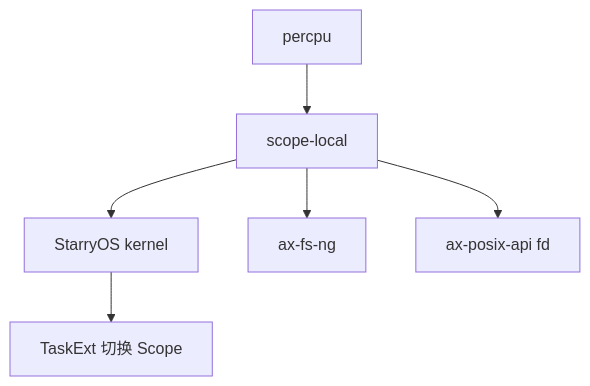
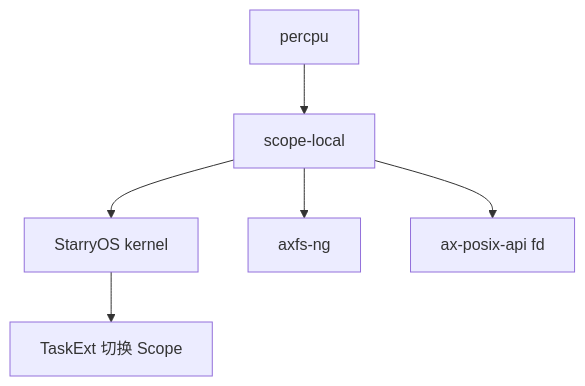
Before and after one commit to os-biglab/tgoskits: the diagram in docs/crates/scope-local.md, drawn with Mermaid. The commit also changed other lines of this file and 39 other files, not shown here.

````diff
--- a/docs/crates/scope-local.md
+++ b/docs/crates/scope-local.md
@@ -131,9 +131,9 @@
 ```mermaid
 graph TD
     A[scope-local]
     B[percpu] --> A
     A --> C[StarryOS kernel]
-    A --> D[ax-fs-ng]
+    A --> D[axfs-ng]
     A --> E[ax-posix-api fd]
     C --> F[TaskExt 切换 Scope]
 ```
````
